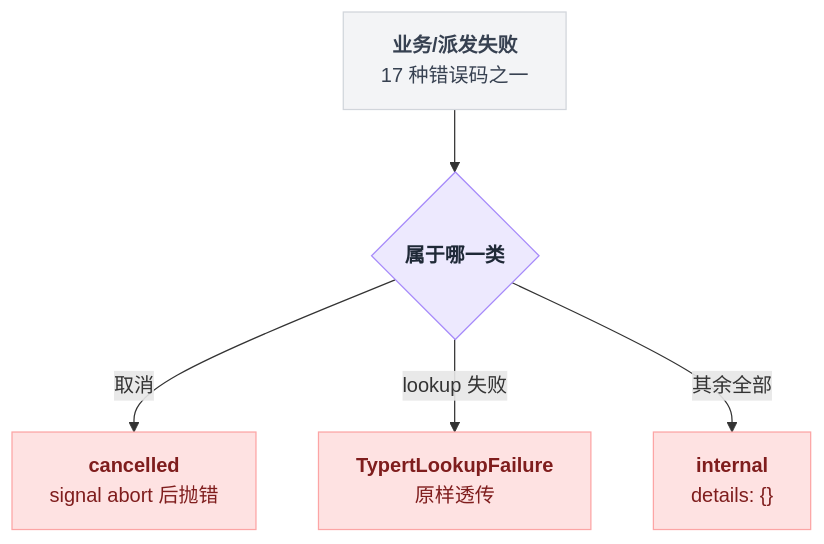
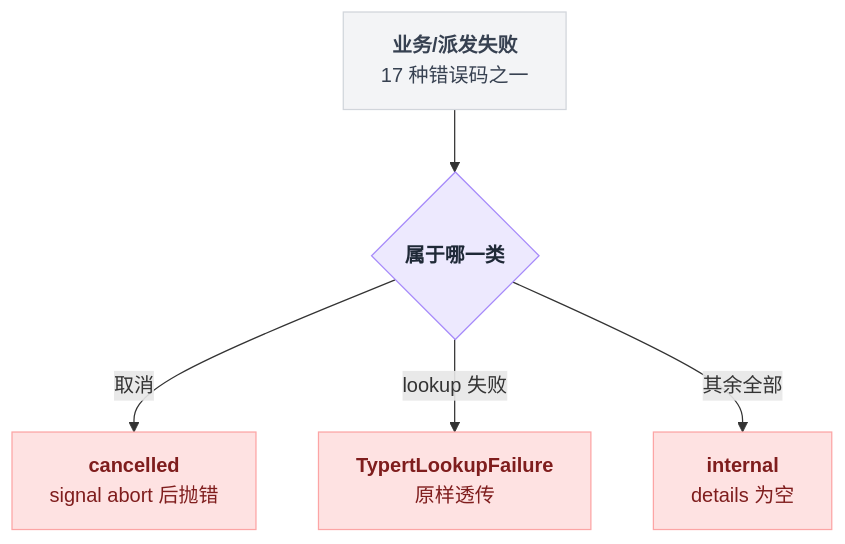
One commit to congwa/agent-dev changed the second of 2 diagrams in 2026-08_DeepSeekHarness上手教程/内置插件参考/dsh-api-gateway.md. Above: the diagram before and after it, drawn with Mermaid. The commit also changed other lines of this file and 123 other files, not shown here.

````diff
--- a/2026-08_DeepSeekHarness上手教程/内置插件参考/dsh-api-gateway.md
+++ b/2026-08_DeepSeekHarness上手教程/内置插件参考/dsh-api-gateway.md
@@ -145,20 +146,20 @@
 ```mermaid
 flowchart TD
     A["<b>业务/派发失败</b><br/>17 种错误码之一"]
     B{"<b>属于哪一类</b>"}
     C["<b>cancelled</b><br/>signal abort 后抛错"]
     D["<b>TypertLookupFailure</b><br/>原样透传"]
-    E["<b>internal</b><br/>details: {}"]
+    E["<b>internal</b><br/>details 为空"]
 
     A --> B
     B -- "取消" --> C
     B -- "lookup 失败" --> D
     B -- "其余全部" --> E
 
     classDef entry fill:#f3f4f6,stroke:#d1d5db,color:#374151
     classDef main fill:#ede9fe,stroke:#a78bfa,color:#1f2937
     classDef danger fill:#fee2e2,stroke:#fca5a5,color:#7f1d1d
     class A entry
     class B main
     class C,D,E danger
 ```
````
